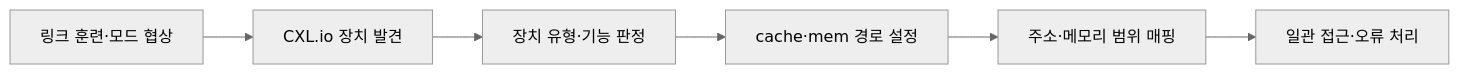
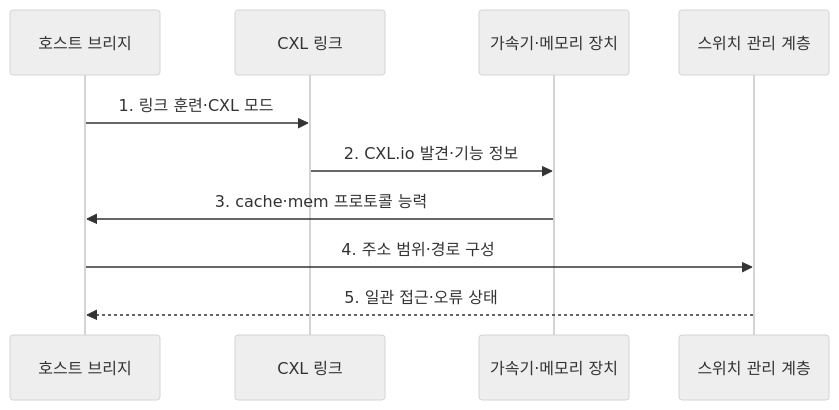
One commit to agnusdei1207/knowledge-base changed the second of 2 diagrams in src/content/docs/notes/08-latest-tech/147_cxl.md. Above: the diagram before and after it, drawn with Mermaid (neutral theme). The commit also changed other lines of this file and 23 other files, not shown here.

````diff
--- a/src/content/docs/notes/08-latest-tech/147_cxl.md
+++ b/src/content/docs/notes/08-latest-tech/147_cxl.md
@@ -80,8 +84,12 @@
 ```mermaid
-flowchart LR
-    A[링크 훈련·모드 협상] --> B[CXL.io 장치 발견]
-    B --> C[장치 유형·기능 판정]
-    C --> D[cache·mem 경로 설정]
-    D --> E[주소·메모리 범위 매핑]
-    E --> F[일관 접근·오류 처리]
+sequenceDiagram
+  participant H as 호스트 브리지
+  participant L as CXL 링크
+  participant D as 가속기·메모리 장치
+  participant M as 스위치 관리 계층
+  H->>L: 1. 링크 훈련·CXL 모드
+  L->>D: 2. CXL.io 발견·기능 정보
+  D->>H: 3. cache·mem 프로토콜 능력
+  H->>M: 4. 주소 범위·경로 구성
+  M-->>H: 5. 일관 접근·오류 상태
 ```
````
